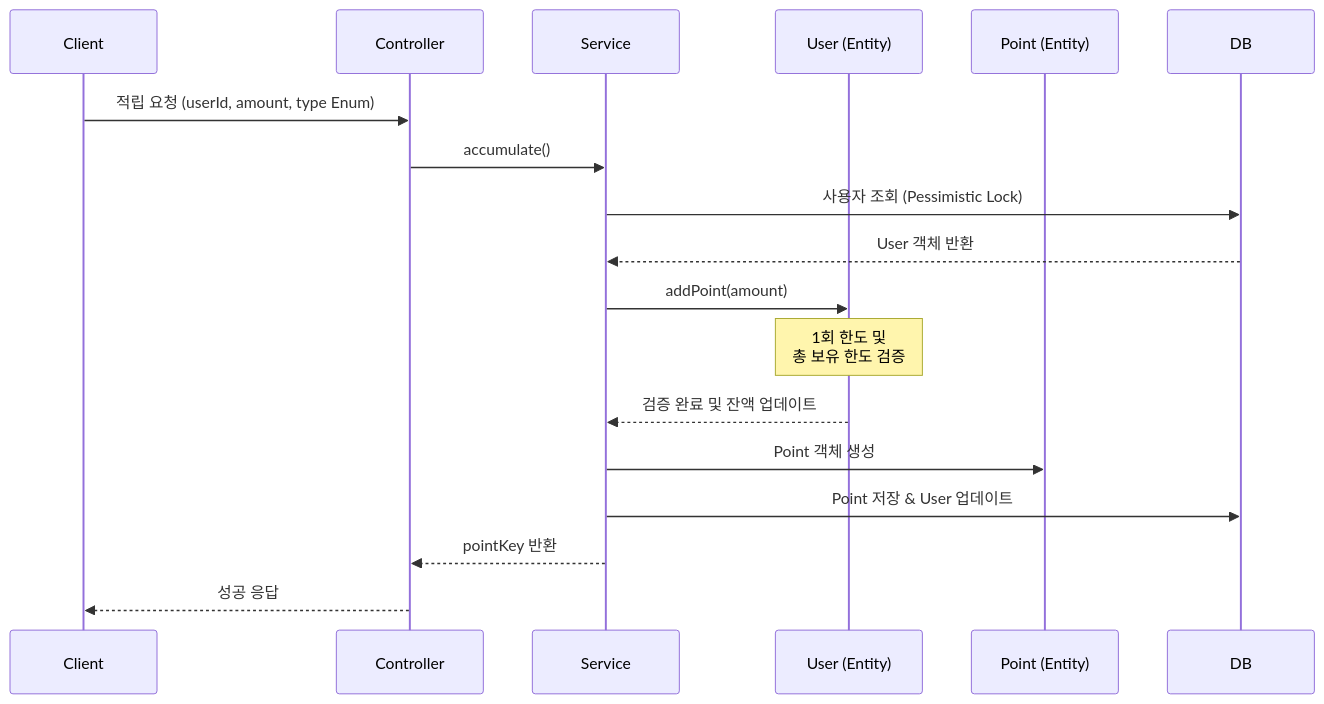
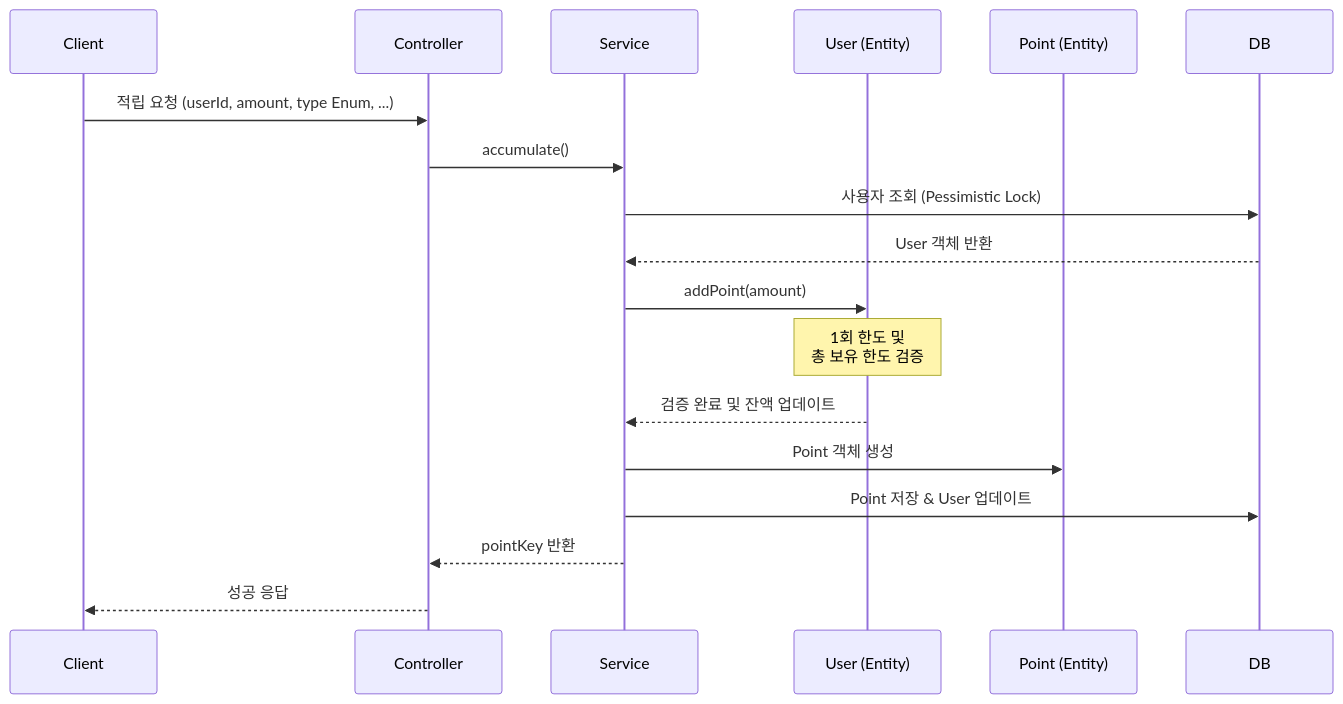
The diagram in docs/api/accumulate.md (muzzaiwork/point), drawn with Mermaid before and after one commit. The commit also changed other lines of this file and 3 other files, not shown here.

Commit message:
Update API documentation to reflect ERD changes and OrderItem removal

````diff
--- a/docs/api/accumulate.md
+++ b/docs/api/accumulate.md
@@ -57,21 +60,22 @@
 ```mermaid
 sequenceDiagram
     participant Client
     participant Controller
     participant Service
     participant UserEntity as User (Entity)
     participant PointEntity as Point (Entity)
     participant DB
 
-    Client->>Controller: 적립 요청 (userId, amount, type Enum)
+    Client->>Controller: 적립 요청 (userId, amount, type Enum, ...)
     Controller->>Service: accumulate()
     Service->>DB: 사용자 조회 (Pessimistic Lock)
     DB-->>Service: User 객체 반환
     Service->>UserEntity: addPoint(amount)
     Note over UserEntity: 1회 한도 및<br/>총 보유 한도 검증
     UserEntity-->>Service: 검증 완료 및 잔액 업데이트
+    
     Service->>PointEntity: Point 객체 생성
     Service->>DB: Point 저장 & User 업데이트
     Service-->>Controller: pointKey 반환
     Controller-->>Client: 성공 응답
 ```
````
